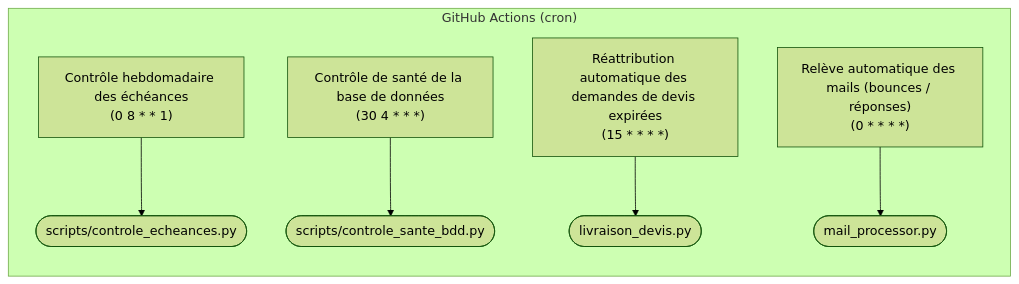
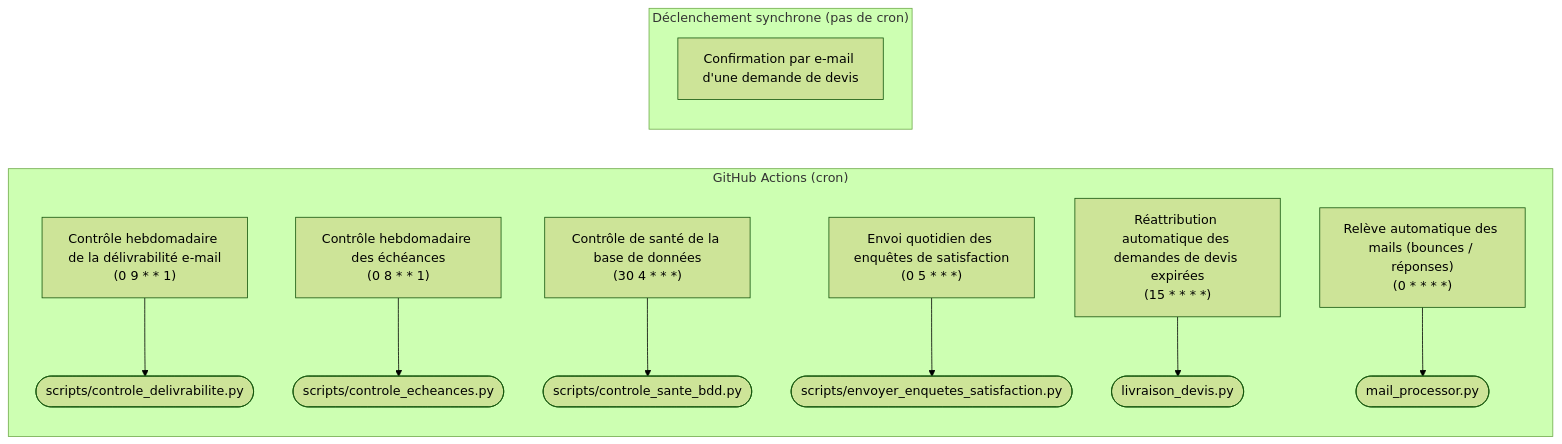
One commit to contactmonagenceiapro-sudo/leads-creator changed the second of 3 diagrams in docs/architecture_globale.md. Above: the diagram before and after it, drawn with Mermaid (forest theme). The commit also changed other lines of this file and 6 other files, not shown here.

````diff
--- a/docs/architecture_globale.md
+++ b/docs/architecture_globale.md
@@ -384,9 +407,14 @@
 ```mermaid
 flowchart LR
     subgraph CRON["GitHub Actions (cron)"]
+        controle_delivrabilite_yml["Contrôle hebdomadaire de la délivrabilité e-mail<br/>(0 9 * * 1)"] --> controle_delivrabilite_yml_script(["scripts/controle_delivrabilite.py"])
         controle_echeances_yml["Contrôle hebdomadaire des échéances<br/>(0 8 * * 1)"] --> controle_echeances_yml_script(["scripts/controle_echeances.py"])
         controle_sante_bdd_yml["Contrôle de santé de la base de données<br/>(30 4 * * *)"] --> controle_sante_bdd_yml_script(["scripts/controle_sante_bdd.py"])
+        envoyer_enquetes_satisfaction_yml["Envoi quotidien des enquêtes de satisfaction<br/>(0 5 * * *)"] --> envoyer_enquetes_satisfaction_yml_script(["scripts/envoyer_enquetes_satisfaction.py"])
         livraison_devis_yml["Réattribution automatique des demandes de devis expirées<br/>(15 * * * *)"] --> livraison_devis_yml_script(["livraison_devis.py"])
         mail_check_yml["Relève automatique des mails (bounces / réponses)<br/>(0 * * * *)"] --> mail_check_yml_script(["mail_processor.py"])
     end
+    subgraph SYNC["Déclenchement synchrone (pas de cron)"]
+        sync_0["Confirmation par e-mail d'une demande de devis"]
+    end
 ```
````
